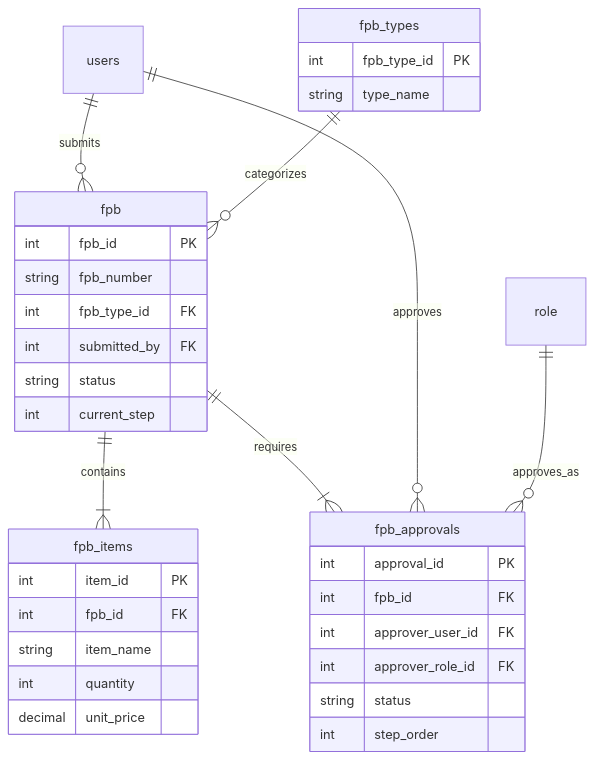
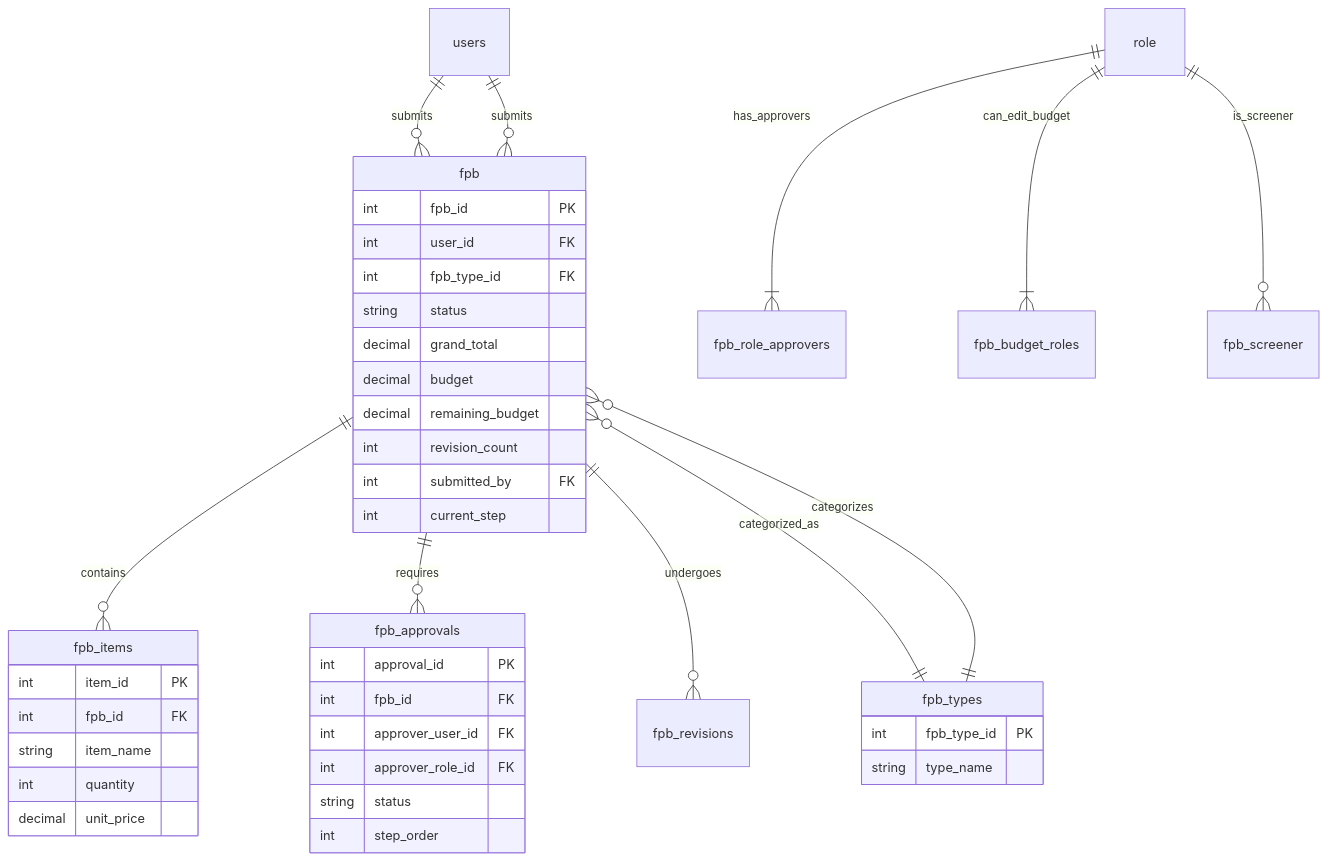
The fourth of 5 diagrams in DATABASE_SCHEMA.md (hanskristianw/school-admin), drawn with Mermaid before and after one commit. The commit also changed other lines of this file and 9 other files, not shown here.

````diff
--- a/DATABASE_SCHEMA.md
+++ b/DATABASE_SCHEMA.md
@@ -351,40 +421,48 @@
 ```mermaid
 erDiagram
     users ||--o{ fpb : "submits"
     fpb_types ||--o{ fpb : "categorizes"
-    fpb ||--|{ fpb_items : "contains"
-    fpb ||--|{ fpb_approvals : "requires"
-    users ||--o{ fpb_approvals : "approves"
-    role ||--o{ fpb_approvals : "approves_as"
-    
+    fpb ||--o{ fpb_items : "contains"
+    fpb ||--o{ fpb_approvals : "requires"
+    fpb ||--o{ fpb_revisions : "undergoes"
+    fpb }o--|| fpb_types : "categorized_as"
+    users ||--o{ fpb : "submits"
+    role ||--|{ fpb_role_approvers : "has_approvers"
+    role ||--|{ fpb_budget_roles : "can_edit_budget"
+    role ||--o{ fpb_screener : "is_screener"
+
     fpb {
         int fpb_id PK
-        string fpb_number
+        int user_id FK
         int fpb_type_id FK
+        string status
+        decimal grand_total
+        decimal budget
+        decimal remaining_budget
+        int revision_count
         int submitted_by FK
-        string status
         int current_step
     }
     
     fpb_items {
         int item_id PK
         int fpb_id FK
         string item_name
         int quantity
         decimal unit_price
     }
     
     fpb_approvals {
         int approval_id PK
         int fpb_id FK
         int approver_user_id FK
         int approver_role_id FK
         string status
         int step_order
     }
     
     fpb_types {
         int fpb_type_id PK
         string type_name
     }
 ```
````
